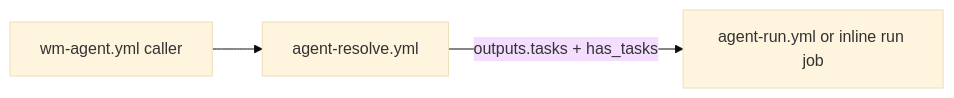
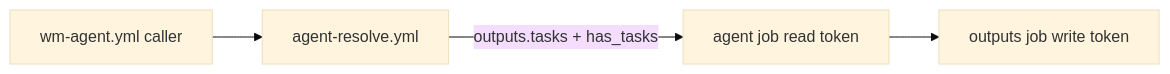
One commit to an-lee/gh-wm changed the second of 2 diagrams in docs/content/architecture.md. Above: the diagram before and after it, drawn with Mermaid (base theme). The commit also changed other lines of this file and 13 other files, not shown here.

````diff
--- a/docs/content/architecture.md
+++ b/docs/content/architecture.md
@@ -69,9 +69,11 @@
 ```mermaid
 flowchart LR
   Caller[wm-agent.yml caller]
   ResolveJob[agent-resolve.yml]
-  RunJob[agent-run.yml or inline run job]
+  RunAgent[agent job read token]
+  RunOutputs[outputs job write token]
 
   Caller --> ResolveJob
-  ResolveJob -->|"outputs.tasks + has_tasks"| RunJob
+  ResolveJob -->|"outputs.tasks + has_tasks"| RunAgent
+  RunAgent --> RunOutputs
 ```
````
